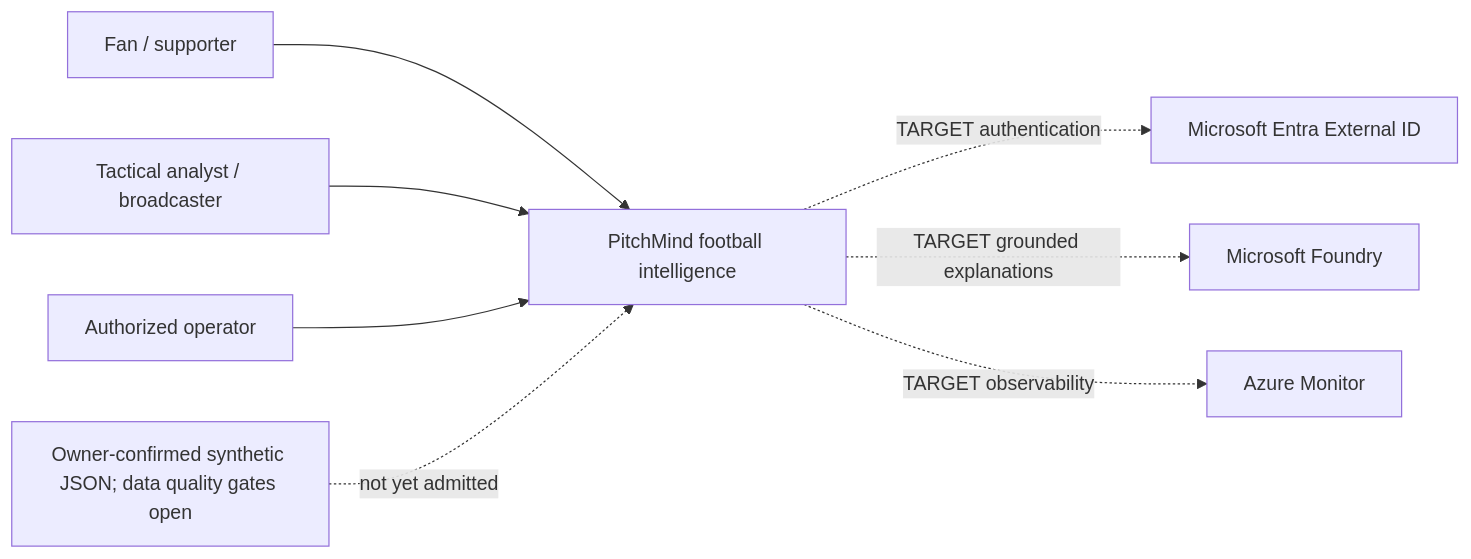
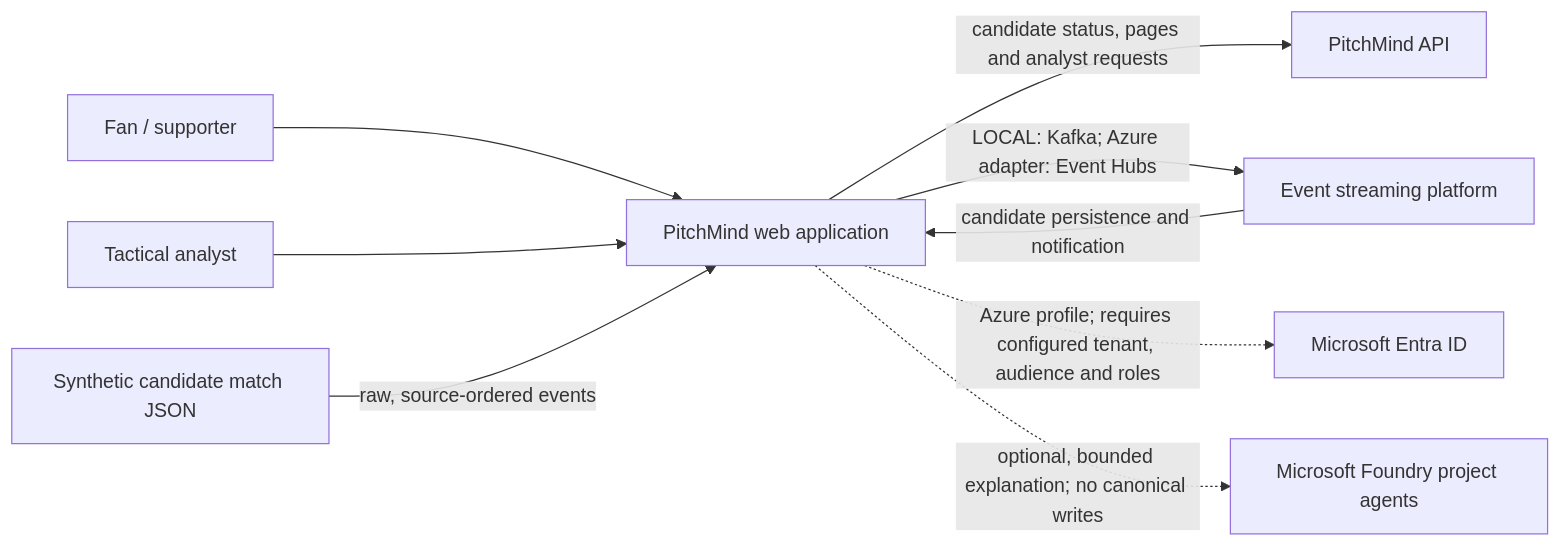
Before and after one commit to prateekgangopadhyay/PitchMind: the diagram in docs/architecture/01-system-context.md, drawn with Mermaid. The commit also changed other lines of this file and 16 other files, not shown here.

````diff
--- a/docs/architecture/01-system-context.md
+++ b/docs/architecture/01-system-context.md
@@ -5,10 +5,11 @@
 ```mermaid
 flowchart LR
-  Fan["Fan / supporter"] --> PM["PitchMind football intelligence"]
-  Analyst["Tactical analyst / broadcaster"] --> PM
-  Operator["Authorized operator"] --> PM
-  JSON["Owner-confirmed synthetic JSON; data quality gates open"] -. "not yet admitted" .-> PM
-  PM -. "TARGET authentication" .-> Entra["Microsoft Entra External ID"]
-  PM -. "TARGET grounded explanations" .-> Foundry["Microsoft Foundry"]
-  PM -. "TARGET observability" .-> Azure["Azure Monitor"]
+  Fan["Fan / supporter"] --> PM["PitchMind web application"]
+  Analyst["Tactical analyst"] --> PM
+  PM -->|"candidate status, pages and analyst requests"| Data["PitchMind API"]
+  Source["Synthetic candidate match JSON"] -->|"raw, source-ordered events"| PM
+  PM -->|"LOCAL: Kafka; Azure adapter: Event Hubs"| Stream["Event streaming platform"]
+  Stream -->|"candidate persistence and notification"| PM
+  PM -. "Azure profile; requires configured tenant, audience and roles" .-> Entra["Microsoft Entra ID"]
+  PM -. "optional, bounded explanation; no canonical writes" .-> Foundry["Microsoft Foundry project agents"]
 ```
````
